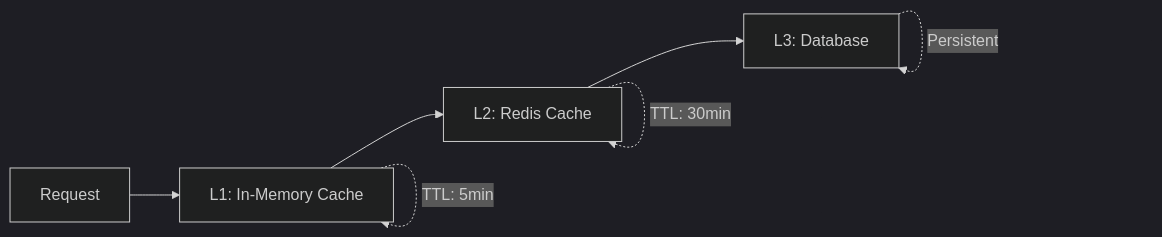
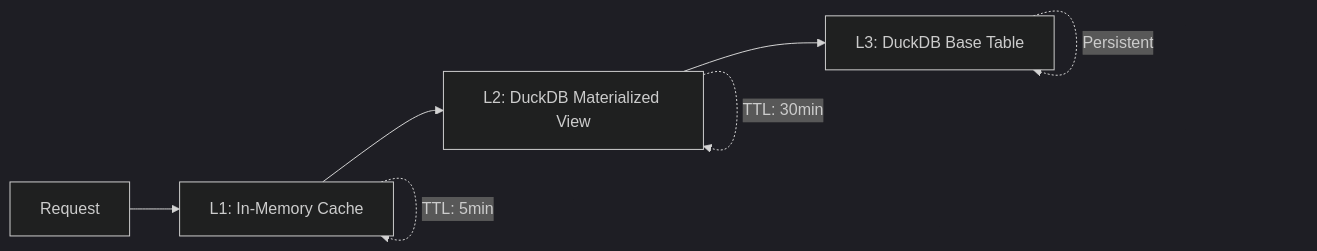
The fifth of 5 diagrams in docs/developer/ARCHITECTURE.md (lesleslie/session-buddy), drawn with Mermaid (dark theme) before and after one commit.

Commit message:
fix(session-buddy): drop Redis L2 from cache-tier diagram (no redis client)

````diff
--- a/docs/developer/ARCHITECTURE.md
+++ b/docs/developer/ARCHITECTURE.md
@@ -840,10 +840,10 @@
 ```mermaid
 graph LR
     Request --> L1[L1: In-Memory Cache]
-    L1 --> L2[L2: Redis Cache]
-    L2 --> L3[L3: Database]
+    L1 --> L2[L2: DuckDB Materialized View]
+    L2 --> L3[L3: DuckDB Base Table]
 
     L1 -.-> |TTL: 5min| L1
     L2 -.-> |TTL: 30min| L2
     L3 -.-> |Persistent| L3
 ```
````
